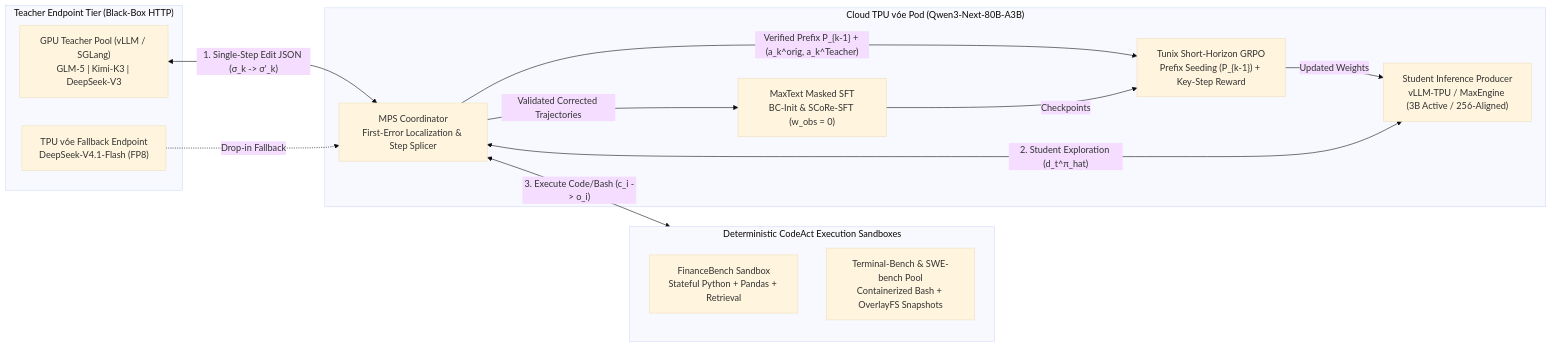
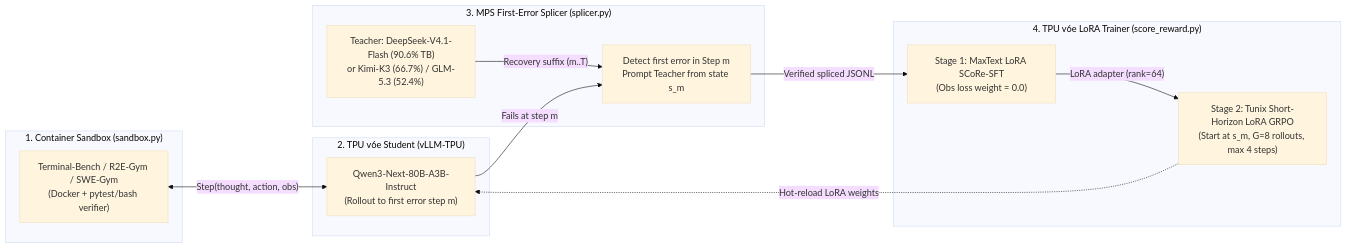
The diagram in docs/ARCHITECTURE.md (jawadaminGOOG/tpu-distil), drawn with Mermaid (base theme) before and after one commit. The commit also changed other lines of this file and 1 other file, not shown here.

Commit message:
docs: simplify to 4-file Option A pipeline with DeepSeek-V4.1-Flash / Kimi-K3 / GLM-5.3 teachers

````diff
--- a/docs/ARCHITECTURE.md
+++ b/docs/ARCHITECTURE.md
@@ -31,28 +36,27 @@
 ```mermaid
 flowchart LR
-    subgraph Teacher_Tier["Teacher Endpoint Tier (Black-Box HTTP)"]
-        T_GPU["GPU Teacher Pool (vLLM / SGLang)\nGLM-5 | Kimi-K3 | DeepSeek-V3"]
-        T_TPU["TPU v6e Fallback Endpoint\nDeepSeek-V4.1-Flash (FP8)"]
+    subgraph Env["1. Container Sandbox (sandbox.py)"]
+        TB["Terminal-Bench / R2E-Gym / SWE-Gym\n(Docker + pytest/bash verifier)"]
     end
 
-    subgraph Sandbox_Tier["Deterministic CodeAct Execution Sandboxes"]
-        Env_FB["FinanceBench Sandbox\nStateful Python + Pandas + Retrieval"]
-        Env_TB["Terminal-Bench & SWE-bench Pool\nContainerized Bash + OverlayFS Snapshots"]
+    subgraph Student["2. TPU v6e Student (vLLM-TPU)"]
+        Q3["Qwen3-Next-80B-A3B-Instruct\n(Rollout to first error step m)"]
     end
 
-    subgraph TPU_Cluster["Cloud TPU v6e Pod (Qwen3-Next-80B-A3B)"]
-        Rollout["Student Inference Producer\nvLLM-TPU / MaxEngine (3B Active / 256-Aligned)"]
-        MPS["MPS Coordinator\nFirst-Error Localization & Step Splicer"]
-        SFT["MaxText Masked SFT\nBC-Init & SCoRe-SFT (w_obs = 0)"]
-        RL["Tunix Short-Horizon GRPO\nPrefix Seeding (P_{k-1}) + Key-Step Reward"]
+    subgraph Splicer["3. MPS First-Error Splicer (splicer.py)"]
+        MPS["Detect first error in Step m\nPrompt Teacher from state s_m"]
+        T["Teacher: DeepSeek-V4.1-Flash (90.6% TB)\nor Kimi-K3 (66.7%) / GLM-5.3 (52.4%)"]
     end
 
-    T_GPU <-->|"1. Single-Step Edit JSON (σ_k -> σ'_k)"| MPS
-    T_TPU -.->|"Drop-in Fallback"| MPS
-    Rollout <-->|"2. Student Exploration (d_t^π_hat)"| MPS
-    MPS <-->|"3. Execute Code/Bash (c_i -> o_i)"| Sandbox_Tier
-    MPS -->|"Validated Corrected Trajectories"| SFT
-    MPS -->|"Verified Prefix P_{k-1} + (a_k^orig, a_k^Teacher)"| RL
-    SFT -->|"Checkpoints"| RL
-    RL -->|"Updated Weights"| Rollout
+    subgraph Trainer["4. TPU v6e LoRA Trainer (score_reward.py)"]
+        SFT["Stage 1: MaxText LoRA SCoRe-SFT\n(Obs loss weight = 0.0)"]
+        RL["Stage 2: Tunix Short-Horizon LoRA GRPO\n(Start at s_m, G=8 rollouts, max 4 steps)"]
+    end
+
+    TB <-->|"Step(thought, action, obs)"| Q3
+    Q3 -->|"Fails at step m"| MPS
+    T -->|"Recovery suffix (m..T)"| MPS
+    MPS -->|"Verified spliced JSONL"| SFT
+    SFT -->|"LoRA adapter (rank=64)"| RL
+    RL -.->|"Hot-reload LoRA weights"| Q3
 ```
````
